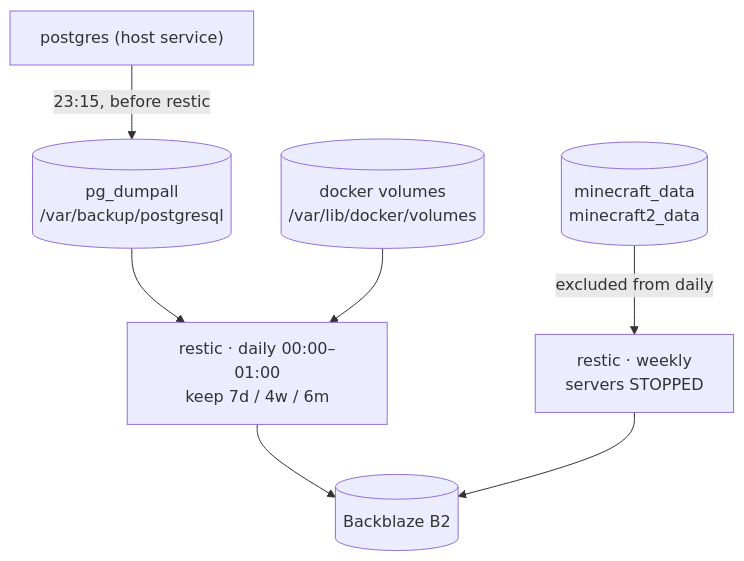
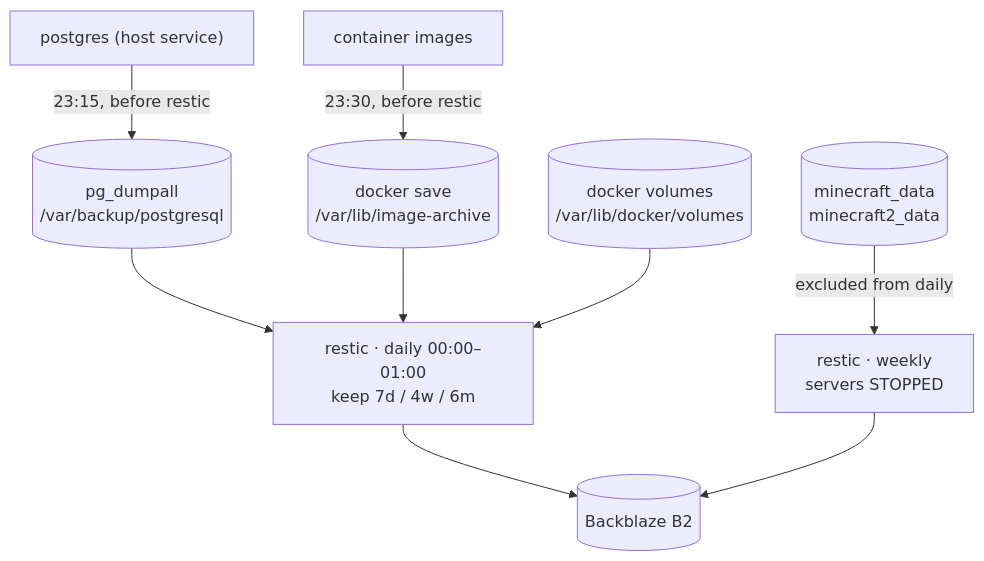
Before and after one commit to 1Git2Clone/vps: the diagram in docs/src/architecture/data.md, drawn with Mermaid. The commit also changed other lines of this file and 7 other files, not shown here.

````diff
--- a/docs/src/architecture/data.md
+++ b/docs/src/architecture/data.md
@@ -3,18 +3,22 @@
 ```mermaid
 flowchart TB
     vols[("docker volumes<br/>/var/lib/docker/volumes")]
     pg["postgres (host service)"]
+    reg["container images"]
     dumps[("pg_dumpall<br/>/var/backup/postgresql")]
+    imgs[("docker save<br/>/var/lib/image-archive")]
     mc[("minecraft_data<br/>minecraft2_data")]
 
     daily["restic · daily 00:00–01:00<br/>keep 7d / 4w / 6m"]
     weekly["restic · weekly<br/>servers STOPPED"]
     b2[("Backblaze B2")]
 
     pg -- "23:15, before restic" --> dumps
+    reg -- "23:30, before restic" --> imgs
     dumps --> daily
+    imgs --> daily
     vols --> daily
     mc -- "excluded from daily" --> weekly
     daily --> b2
     weekly --> b2
 ```
````
